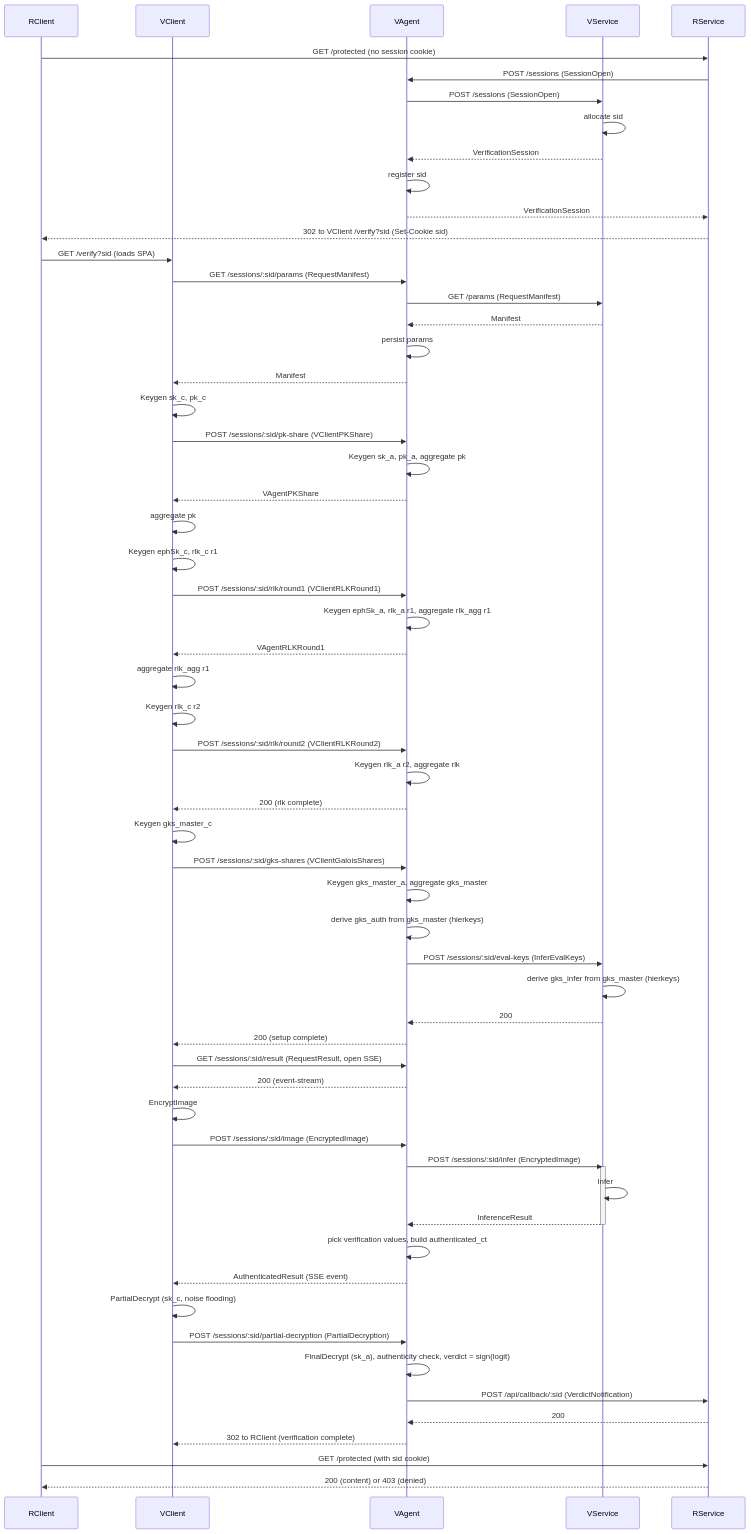
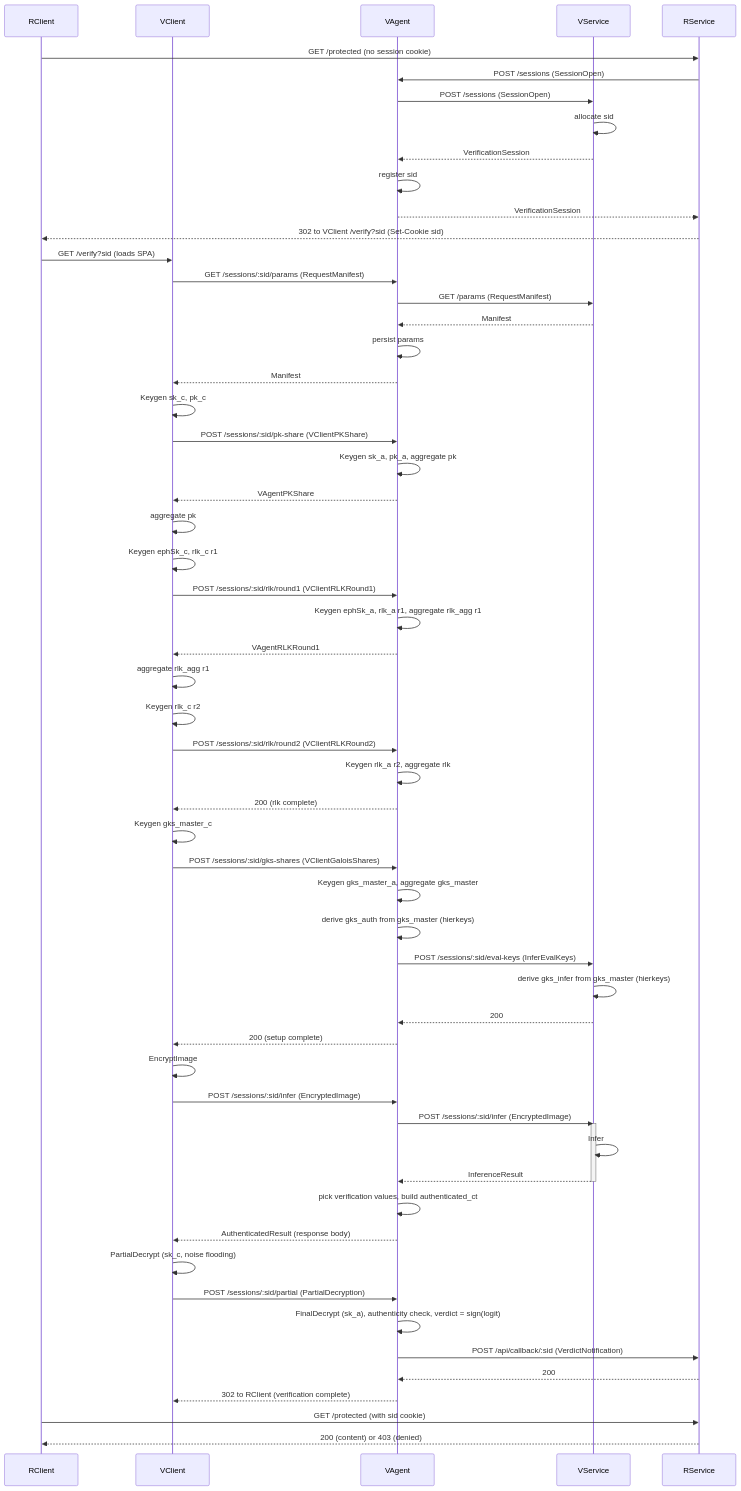
One commit to butvinm/ppiav changed the second of 2 diagrams in docs/DESIGN.md. Above: the diagram before and after it, drawn with Mermaid. The commit also changed other lines of this file and 52 other files, not shown here.

First line of the commit message:
Simplify protocol: blocking /infer + memory/perf fixes (#6)

```diff
--- a/docs/DESIGN.md
+++ b/docs/DESIGN.md
@@ -127,13 +127,9 @@
     VS-->>VA: 200
     VA-->>VC: 200 (setup complete)
 
-    %% Stage 2e — SSE channel for the eventual authenticated result
-    VC->>VA: GET /sessions/:sid/result (RequestResult, open SSE)
-    VA-->>VC: 200 (event-stream)
-
-    %% Stage 3 — image submission and inference
+    %% Stage 3 — image submission and inference (single blocking RPC)
     VC->>VC: EncryptImage
-    VC->>VA: POST /sessions/:sid/image (EncryptedImage)
+    VC->>VA: POST /sessions/:sid/infer (EncryptedImage)
     VA->>VS: POST /sessions/:sid/infer (EncryptedImage)
     activate VS
     VS->>VS: Infer
@@ -142,9 +138,9 @@
 
     %% Stage 4a — MPD-Auth joint decryption
     VA->>VA: pick verification values, build authenticated_ct
-    VA-->>VC: AuthenticatedResult (SSE event)
+    VA-->>VC: AuthenticatedResult (response body)
     VC->>VC: PartialDecrypt (sk_c, noise flooding)
-    VC->>VA: POST /sessions/:sid/partial-decryption (PartialDecryption)
+    VC->>VA: POST /sessions/:sid/partial (PartialDecryption)
     VA->>VA: FinalDecrypt (sk_a), authenticity check, verdict = sign(logit)
 
     %% Stage 4b — verdict callback and resource access
```
